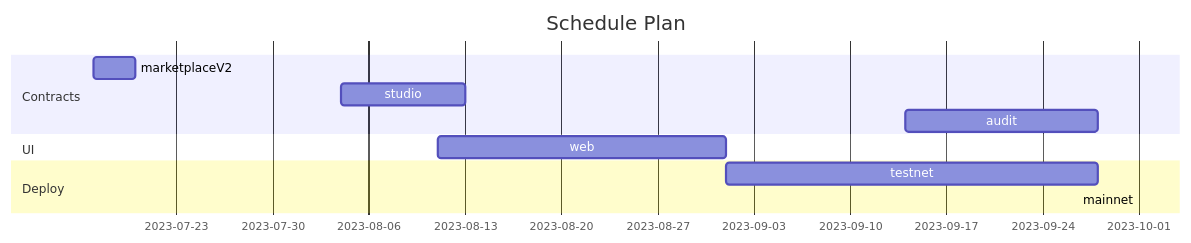
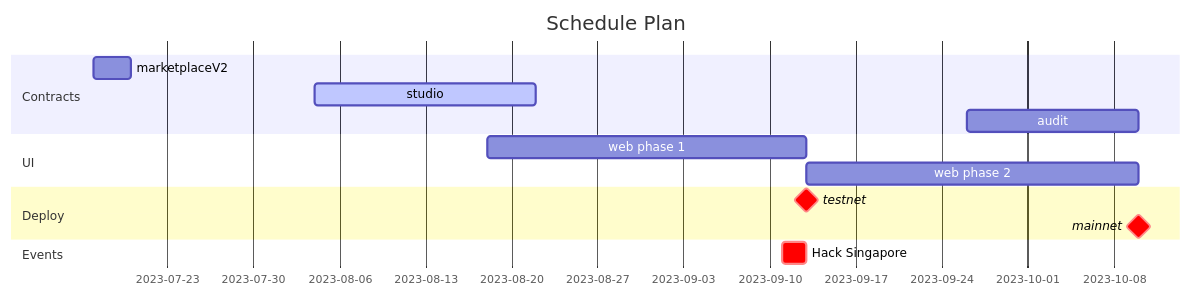
The second of 2 diagrams in README.md (TowneSquare/TowneSpace-contract), drawn with Mermaid before and after one commit.

Commit message:
Edited timeline

````diff
--- a/README.md
+++ b/README.md
@@ -73,14 +73,17 @@
 ```mermaid
 gantt
     title Schedule Plan
     dateFormat  DD-MM-YYYY
     section Contracts
     marketplaceV2  :17-07-2023, 3d
-    studio   :04-08-2023  , 9d
-    audit   :14-09-2023 , 14d
+    studio   :active, 04-08-2023  , 18d
+    audit   :26-09-2023 , 14d
     section UI 
-    web  :11-08-2023 , 21d
+    web  phase 1:18-08-2023 , 26d
+    web  phase 2:13-09-2023 , 27d
     section Deploy 
-    testnet      :01-09-2023  , 27d
-    mainnet      :01-10-2023 ,
+    testnet      : milestone, crit, 13-09-2023 ,
+    mainnet      : milestone, crit, 10-10-2023 ,
+    section Events
+    Hack Singapore : crit, 11-09-2023, 2d
 ```
````
